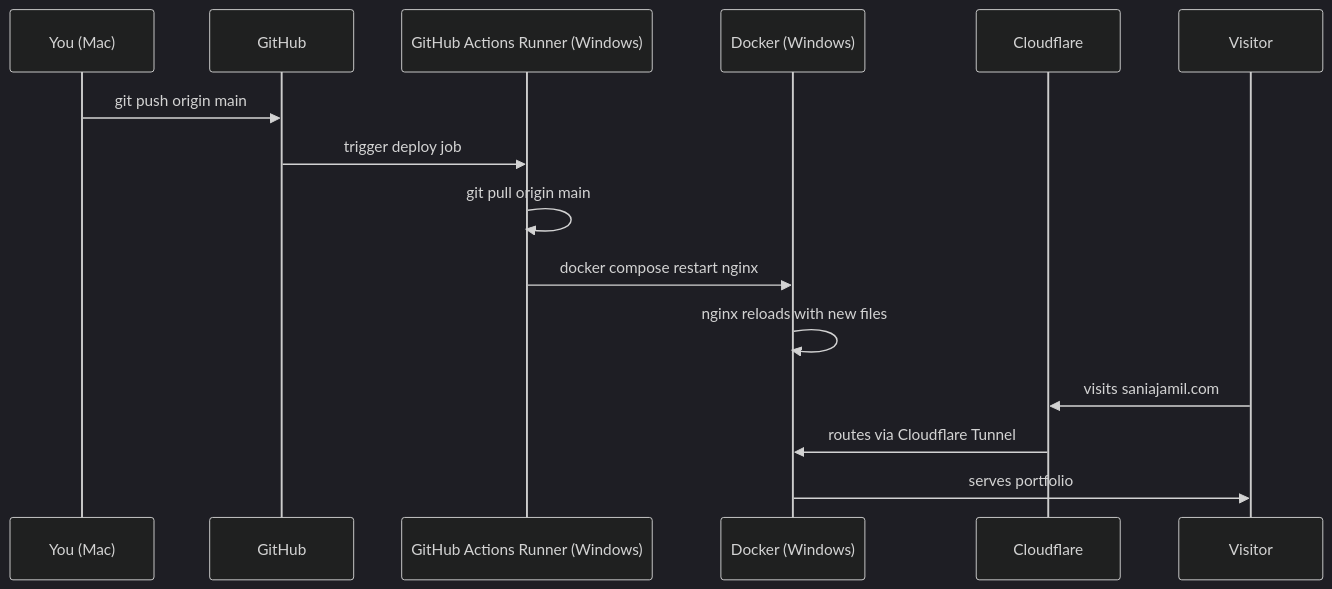
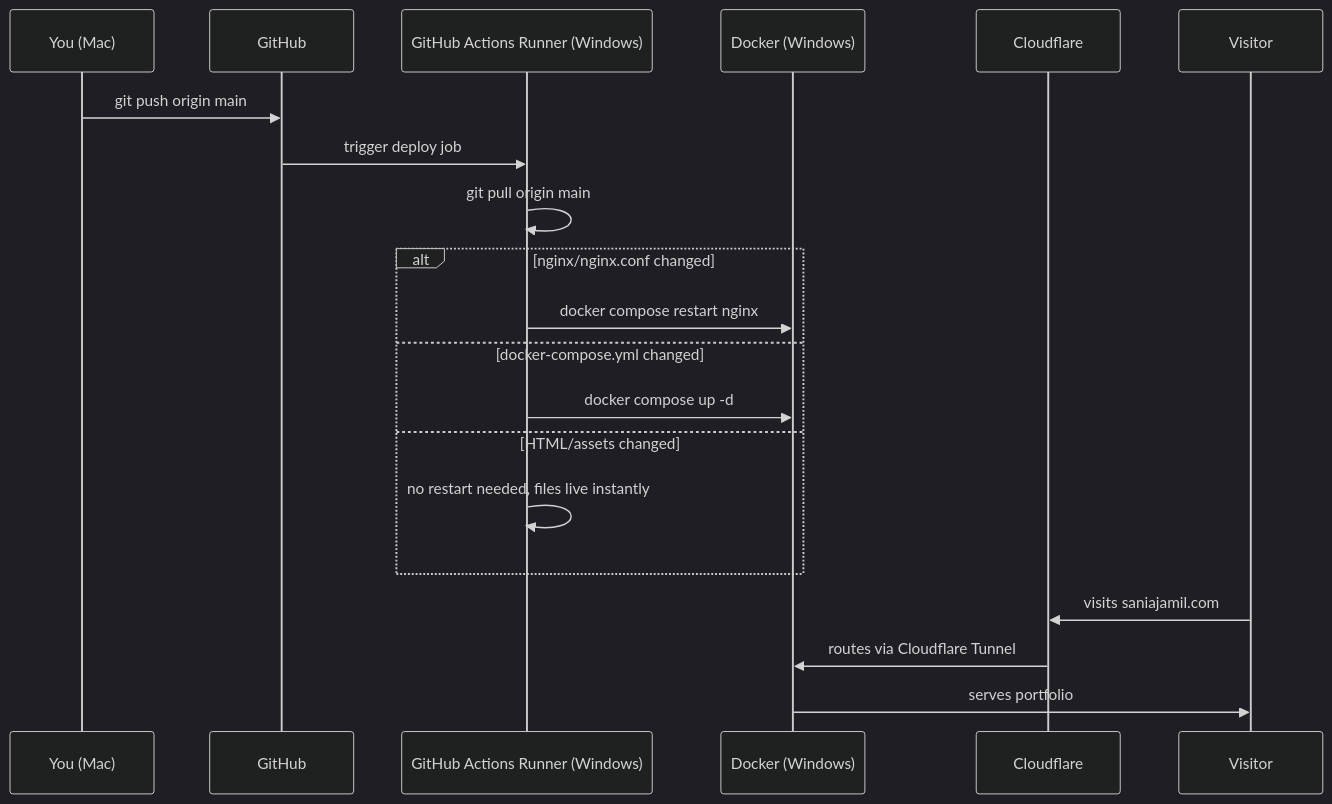
The diagram in README.md (saniakhushbakhtjamil/playground), drawn with Mermaid (dark theme) before and after one commit.

Commit message:
Update CI/CD diagram to reflect smart deploy logic

````diff
--- a/README.md
+++ b/README.md
@@ -26,19 +26,25 @@
 ```mermaid
 sequenceDiagram
     participant You as You (Mac)
     participant GitHub
     participant Runner as GitHub Actions Runner (Windows)
     participant Docker as Docker (Windows)
     participant CF as Cloudflare
     participant Visitor
 
     You->>GitHub: git push origin main
     GitHub->>Runner: trigger deploy job
     Runner->>Runner: git pull origin main
-    Runner->>Docker: docker compose restart nginx
-    Docker->>Docker: nginx reloads with new files
+
+    alt nginx/nginx.conf changed
+        Runner->>Docker: docker compose restart nginx
+    else docker-compose.yml changed
+        Runner->>Docker: docker compose up -d
+    else HTML/assets changed
+        Runner->>Runner: no restart needed, files live instantly
+    end
 
     Visitor->>CF: visits saniajamil.com
     CF->>Docker: routes via Cloudflare Tunnel
     Docker->>Visitor: serves portfolio
 ```
````
